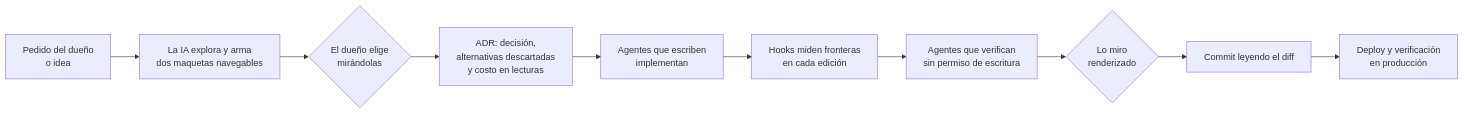
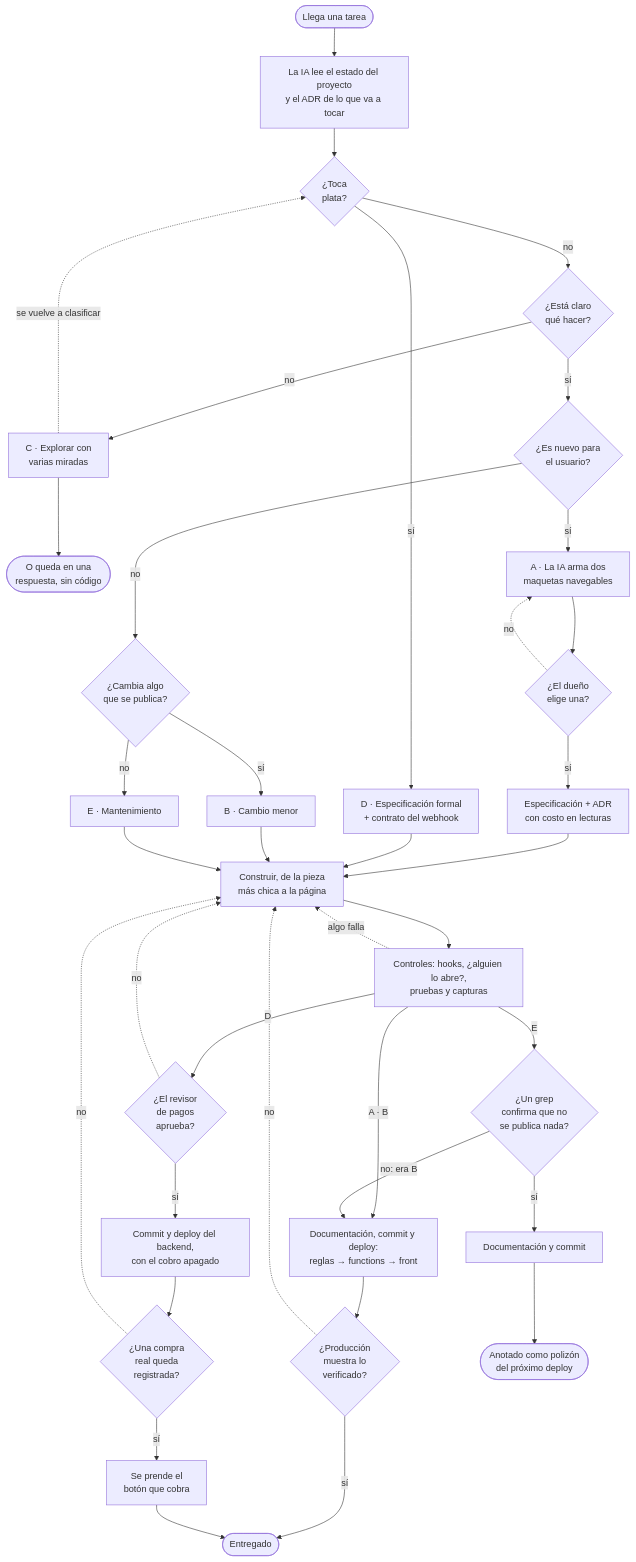
Before and after one commit to aguschazaaa-sudo/bouquet: the first of 2 diagrams in README.md, drawn with Mermaid. The commit also changed other lines of this file and 2 other files, not shown here.

Commit message:
v0.22.2 - docs: el README muestra los cinco workflows como un solo flujo con ramas
El diagrama anterior era una linea recta: parecia que toda tarea recorre
el mismo camino. En el repo hay cinco (WORKFLOWS.md), y se eligen con
preguntas concretas, la ultima con un grep.

Ahora es un unico flujo: las ramas se abren arriba (C, A, D, B, E),
comparten el tramo de construir y controlar, y se vuelven a separar en
tres cierres: deploy y verificacion (A y B), backend primero y compra
real antes del boton que cobra (D), y polizon anotado (E). Las vueltas
atras van punteadas.

Se dibujo con mermaid 11 antes de publicarlo: la primera version media
4265 px de alto y se enredaba; esta mide 2711.

````diff
--- a/README.md
+++ b/README.md
@@ -48,12 +52,43 @@
 ```mermaid
-flowchart LR
-    A["Pedido del dueño<br/>o idea"] --> B["La IA explora y arma<br/>dos maquetas navegables"]
-    B --> C{"El dueño elige<br/>mirándolas"}
-    C --> D["ADR: decisión,<br/>alternativas descartadas<br/>y costo en lecturas"]
-    D --> E["Agentes que escriben<br/>implementan"]
-    E --> F["Hooks miden fronteras<br/>en cada edición"]
-    F --> G["Agentes que verifican<br/>sin permiso de escritura"]
-    G --> H{"Lo miro<br/>renderizado"}
-    H --> I["Commit leyendo el diff"]
-    I --> J["Deploy y verificación<br/>en producción"]
+flowchart TD
+    T(["Llega una tarea"]) --> V["La IA lee el estado del proyecto<br/>y el ADR de lo que va a tocar"]
+    V --> P{"¿Toca<br/>plata?"}
+    P -->|no| Q{"¿Está claro<br/>qué hacer?"}
+    Q -->|no| C["C · Explorar con<br/>varias miradas"]
+    C -.->|"se vuelve a clasificar"| P
+    C --> CF(["O queda en una<br/>respuesta, sin código"])
+    Q -->|sí| N{"¿Es nuevo para<br/>el usuario?"}
+    N -->|sí| AM["A · La IA arma dos<br/>maquetas navegables"]
+    AM --> AE{"¿El dueño<br/>elige una?"}
+    AE -.->|no| AM
+    AE -->|sí| AS["Especificación + ADR<br/>con costo en lecturas"]
+    P -->|sí| DS["D · Especificación formal<br/>+ contrato del webhook"]
+    N -->|no| G{"¿Cambia algo<br/>que se publica?"}
+    G -->|sí| B["B · Cambio menor"]
+    G -->|no| E["E · Mantenimiento"]
+    AS --> I
+    DS --> I
+    B --> I
+    E --> I
+
+    I["Construir, de la pieza<br/>más chica a la página"] --> K["Controles: hooks, ¿alguien lo abre?,<br/>pruebas y capturas"]
+    K -.->|"algo falla"| I
+
+    K -->|"A · B"| DP["Documentación, commit y deploy:<br/>reglas → functions → front"]
+    DP --> PR{"¿Producción<br/>muestra lo<br/>verificado?"}
+    PR -.->|no| I
+    PR -->|sí| FIN(["Entregado"])
+
+    K -->|D| RP{"¿El revisor<br/>de pagos<br/>aprueba?"}
+    RP -.->|no| I
+    RP -->|sí| DF["Commit y deploy del backend,<br/>con el cobro apagado"]
+    DF --> DC{"¿Una compra<br/>real queda<br/>registrada?"}
+    DC -.->|no| I
+    DC -->|sí| DU["Se prende el<br/>botón que cobra"]
+    DU --> FIN
+
+    K -->|E| EG{"¿Un grep<br/>confirma que no<br/>se publica nada?"}
+    EG -->|"no: era B"| DP
+    EG -->|sí| EC["Documentación y commit"]
+    EC --> EP(["Anotado como polizón<br/>del próximo deploy"])
 ```
````
